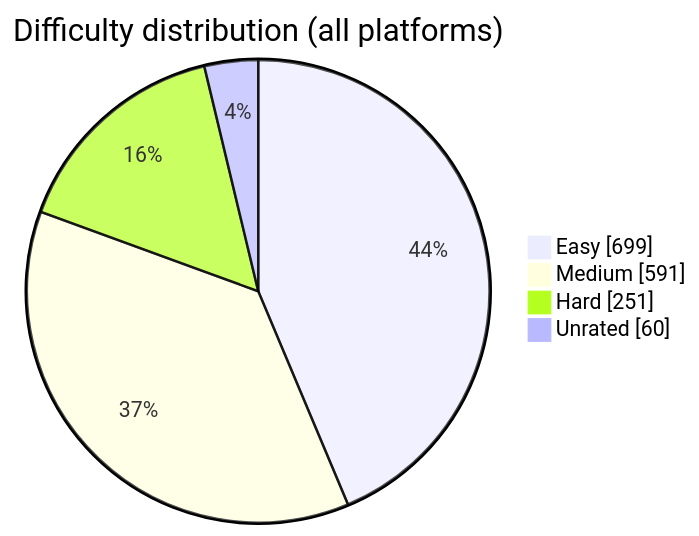
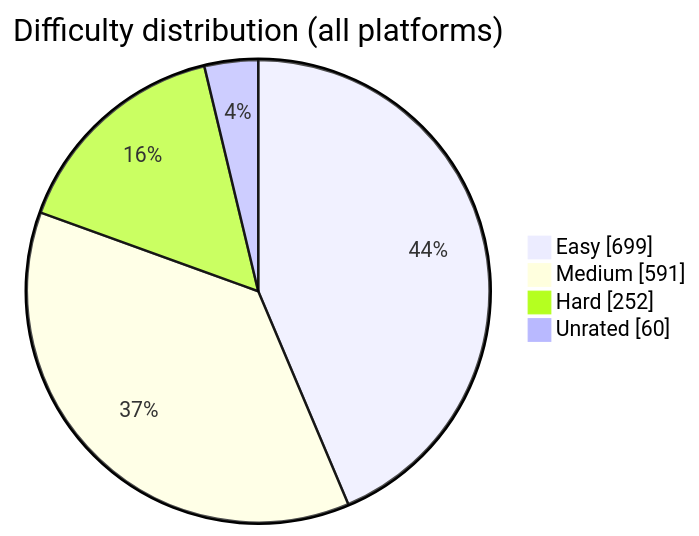
Before and after one commit to BuildbyArindam/Daily-Coding-Log: the diagram in README.md, drawn with Mermaid. The commit also changed other lines of this file, not shown here.

````diff
--- a/README.md
+++ b/README.md
@@ -93,7 +93,7 @@
 ```mermaid
 pie showData title Difficulty distribution (all platforms)
     "Easy" : 699
     "Medium" : 591
-    "Hard" : 251
+    "Hard" : 252
     "Unrated" : 60
 ```
````
